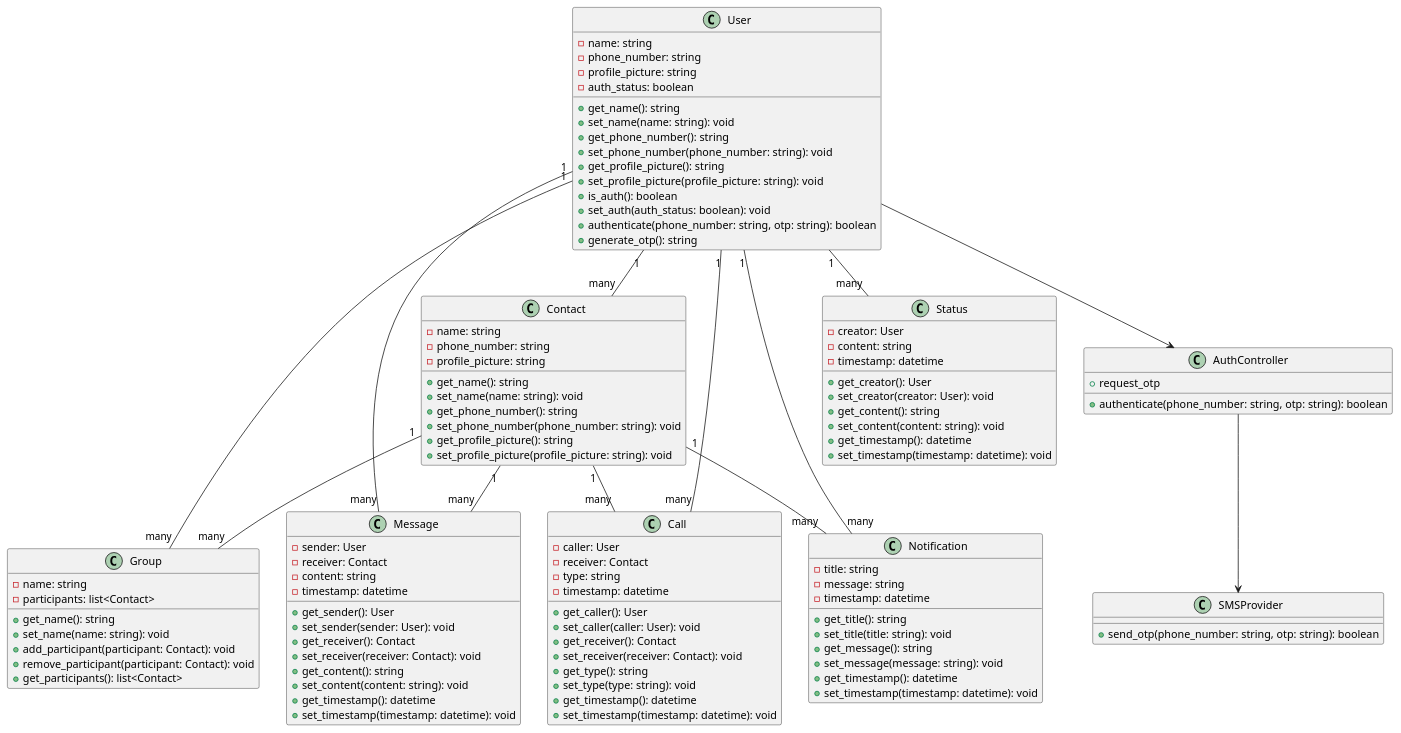
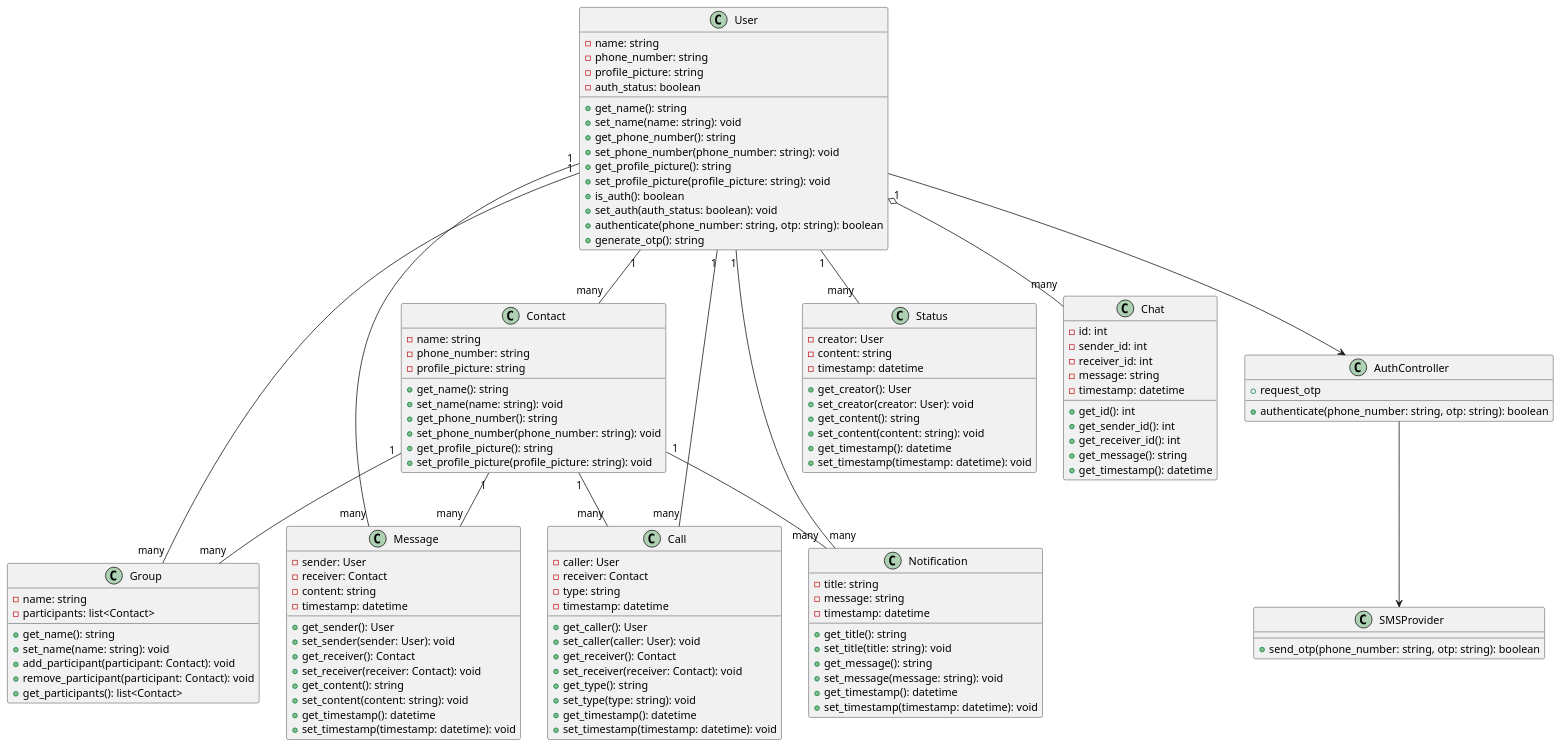
The diagram in diagram_class.plantuml (fikiap23/chatbro), drawn with PlantUML before and after one commit. The commit also changed 1 other file, not shown here.

```diff
--- a/diagram_class.plantuml
+++ b/diagram_class.plantuml
@@ -1,120 +1,134 @@
 @startuml
 
 class User {
     - name: string
     - phone_number: string
     - profile_picture: string
     - auth_status: boolean
     + get_name(): string
     + set_name(name: string): void
     + get_phone_number(): string
     + set_phone_number(phone_number: string): void
     + get_profile_picture(): string
     + set_profile_picture(profile_picture: string): void
     + is_auth(): boolean
     + set_auth(auth_status: boolean): void
     + authenticate(phone_number: string, otp: string): boolean
     + generate_otp(): string
 }
 
 class Contact {
     - name: string
     - phone_number: string
     - profile_picture: string
     + get_name(): string
     + set_name(name: string): void
     + get_phone_number(): string
     + set_phone_number(phone_number: string): void
     + get_profile_picture(): string
     + set_profile_picture(profile_picture: string): void
 }
 
 class Group {
     - name: string
     - participants: list<Contact>
     + get_name(): string
     + set_name(name: string): void
     + add_participant(participant: Contact): void
     + remove_participant(participant: Contact): void
     + get_participants(): list<Contact>
 }
 
 class Message {
     - sender: User
     - receiver: Contact
     - content: string
     - timestamp: datetime
     + get_sender(): User
     + set_sender(sender: User): void
     + get_receiver(): Contact
     + set_receiver(receiver: Contact): void
     + get_content(): string
     + set_content(content: string): void
     + get_timestamp(): datetime
     + set_timestamp(timestamp: datetime): void
 }
 
 class Call {
     - caller: User
     - receiver: Contact
     - type: string
     - timestamp: datetime
     + get_caller(): User
     + set_caller(caller: User): void
     + get_receiver(): Contact
     + set_receiver(receiver: Contact): void
     + get_type(): string
     + set_type(type: string): void
     + get_timestamp(): datetime
     + set_timestamp(timestamp: datetime): void
 }
 
 class Notification {
     - title: string
     - message: string
     - timestamp: datetime
     + get_title(): string
     + set_title(title: string): void
     + get_message(): string
     + set_message(message: string): void
     + get_timestamp(): datetime
     + set_timestamp(timestamp: datetime): void
 }
 
 class Status {
     - creator: User
     - content: string
     - timestamp: datetime
     + get_creator(): User
     + set_creator(creator: User): void
     + get_content(): string
     + set_content(content: string): void
     + get_timestamp(): datetime
     + set_timestamp(timestamp: datetime): void
 }
 
+class Chat {
+    -id: int
+    -sender_id: int
+    -receiver_id: int
+    -message: string
+    -timestamp: datetime
+    +get_id(): int
+    +get_sender_id(): int
+    +get_receiver_id(): int
+    +get_message(): string
+    +get_timestamp(): datetime
+}
+
 User "1" -- "many" Contact
 User "1" -- "many" Group
 Contact "1" -- "many" Group
 User "1" -- "many" Message
 Contact "1" -- "many" Message
 User "1" -- "many" Call
 Contact "1" -- "many" Call
 User "1" -- "many" Notification
 Contact "1" -- "many" Notification
 User "1" -- "many" Status
+User "1" o-- "many" Chat
 
 User --> AuthController
 
 class AuthController {
     + request_otp
     + authenticate(phone_number: string, otp: string): boolean
 }
 
 AuthController --> SMSProvider
 
 class SMSProvider {
     + send_otp(phone_number: string, otp: string): boolean
 }
 
 @enduml
```
